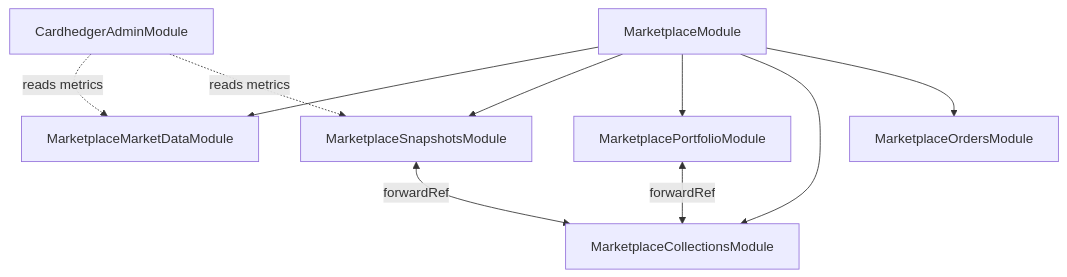
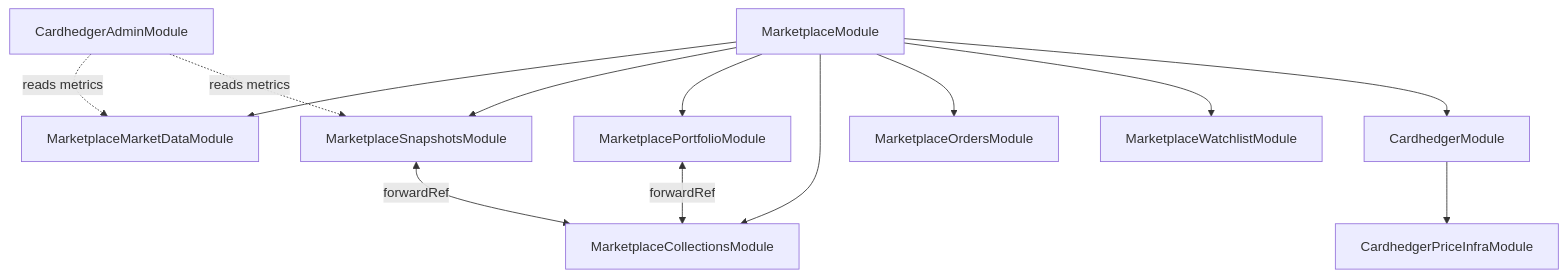
The diagram in docs/architecture/backend.md (tokenable-dev/tokenable-dev), drawn with Mermaid before and after one commit. The commit also changed other lines of this file and 22 other files, not shown here.

````diff
--- a/docs/architecture/backend.md
+++ b/docs/architecture/backend.md
@@ -169,20 +197,26 @@
 ```mermaid
 flowchart TB
     MM[MarketplaceModule]
     MD[MarketplaceMarketDataModule]
     SN[MarketplaceSnapshotsModule]
     PF[MarketplacePortfolioModule]
     CO[MarketplaceCollectionsModule]
     OR[MarketplaceOrdersModule]
+    WL[MarketplaceWatchlistModule]
     AD[CardhedgerAdminModule]
+    CH[CardhedgerModule]
+    PI[CardhedgerPriceInfraModule]
 
     MM --> MD
     MM --> SN
     MM --> PF
     MM --> CO
     MM --> OR
+    MM --> WL
     SN <-->|forwardRef| CO
     PF <-->|forwardRef| CO
+    CH --> PI
+    MM --> CH
     AD -.->|reads metrics| MD
     AD -.->|reads metrics| SN
 ```
````
